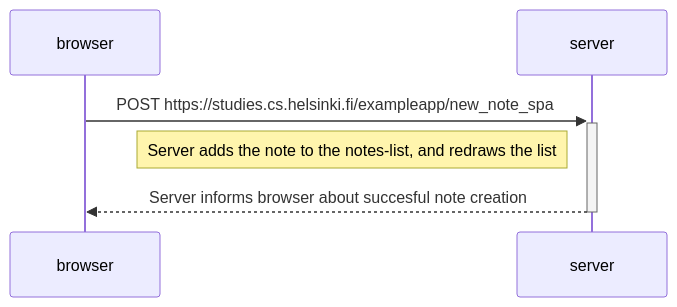
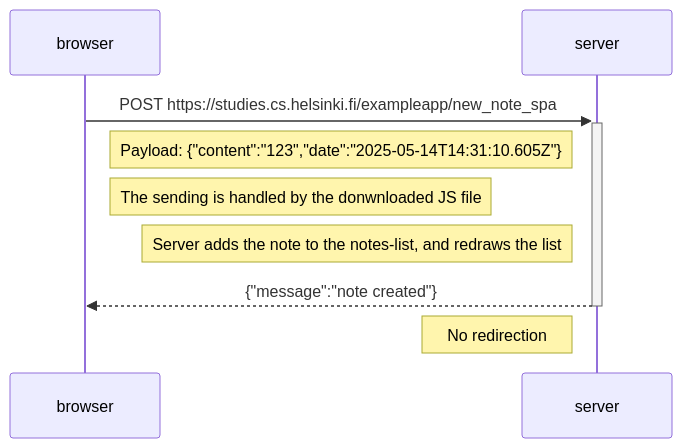
One commit to kaibe-dev/Full-stack-Open changed the diagram in osa0/0.6 Uusi muistiinpano.md. Above: the diagram before and after it, drawn with Mermaid.

Commit message:
0.6 parannettu diagrammia

````diff
--- a/osa0/0.6 Uusi muistiinpano.md
+++ b/osa0/0.6 Uusi muistiinpano.md
@@ -1,11 +1,15 @@
 ```mermaid
 
 sequenceDiagram
     participant browser
     participant server
 
     browser->>+server: POST https://studies.cs.helsinki.fi/exampleapp/new_note_spa
+    note right of browser: Payload: {"content":"123","date":"2025-05-14T14:31:10.605Z"}
+    note right of browser: The sending is handled by the donwnloaded JS file
+    
     note left of server: Server adds the note to the notes-list, and redraws the list
-    server-->>-browser: Server informs browser about succesful note creation
+    server-->>-browser: {"message":"note created"}
+    note left of server: No redirection
 
 ```
````
